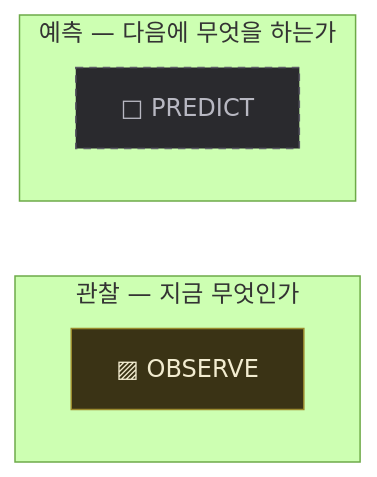
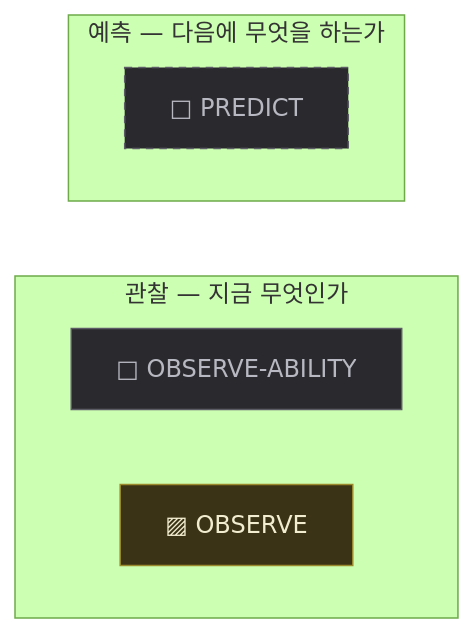
One commit to dkwkekzz/HktFramework changed the sixth of 14 diagrams in HktAdvProtoH/content/proto-adventure/master/graph/GRAPH.md. Above: the diagram before and after it, drawn with Mermaid (forest theme). The commit also changed other lines of this file and 17 other files, not shown here.

````diff
--- a/HktAdvProtoH/content/proto-adventure/master/graph/GRAPH.md
+++ b/HktAdvProtoH/content/proto-adventure/master/graph/GRAPH.md
@@ -269,19 +348,21 @@
 ```mermaid
 flowchart TB
   subgraph SEG0 ["예측 — 다음에 무엇을 하는가"]
     N0["□ PREDICT"]
   end
   subgraph SEG1 ["관찰 — 지금 무엇인가"]
-    N1["▨ OBSERVE"]
+    N1["□ OBSERVE-ABILITY"]
+    N2["▨ OBSERVE"]
   end
   SEG0 ~~~ SEG1
 
   classDef impl fill:#16351f,stroke:#3f8a52,color:#d8f2df;
   classDef part fill:#3a3315,stroke:#9a8a2e,color:#f2ecd0;
   classDef miss fill:#2a2a2e,stroke:#5c5c66,color:#b8b8c2;
   classDef implS fill:#16351f,stroke:#3f8a52,color:#d8f2df,stroke-dasharray:5 4;
   classDef partS fill:#3a3315,stroke:#9a8a2e,color:#f2ecd0,stroke-dasharray:5 4;
   classDef missS fill:#2a2a2e,stroke:#5c5c66,color:#b8b8c2,stroke-dasharray:5 4;
-  class N1 part;
+  class N2 part;
+  class N1 miss;
   class N0 missS;
 ```
````
